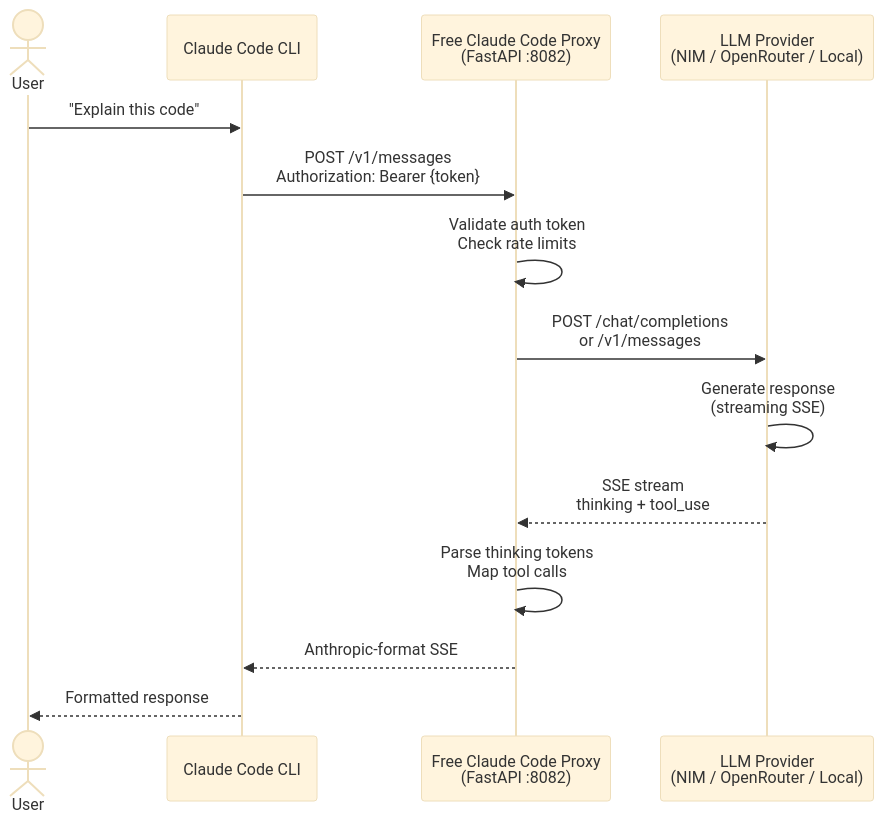
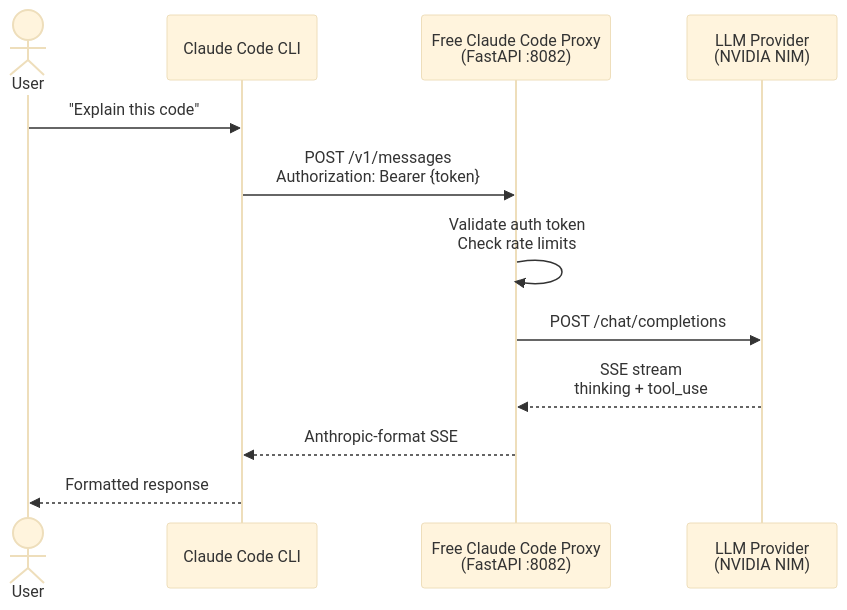
One commit to Echelix/free-claude-code changed the diagram in start/README.md. Above: the diagram before and after it, drawn with Mermaid (base theme). The commit also changed other lines of this file and 16 other files, not shown here.

````diff
--- a/start/README.md
+++ b/start/README.md
@@ -161,17 +104,15 @@
 ```mermaid
 sequenceDiagram
     actor User
     participant Claude as Claude Code CLI
     participant Proxy as Free Claude Code Proxy<br/>(FastAPI :8082)
-    participant Provider as LLM Provider<br/>(NIM / OpenRouter / Local)
-    
+    participant Provider as LLM Provider<br/>(NVIDIA NIM)
+
     User->>Claude: "Explain this code"
     Claude->>Proxy: POST /v1/messages<br/>Authorization: Bearer {token}
     Proxy->>Proxy: Validate auth token<br/>Check rate limits
-    Proxy->>Provider: POST /chat/completions<br/>or /v1/messages
-    Provider->>Provider: Generate response<br/>(streaming SSE)
+    Proxy->>Provider: POST /chat/completions
     Provider-->>Proxy: SSE stream<br/>thinking + tool_use
-    Proxy->>Proxy: Parse thinking tokens<br/>Map tool calls
     Proxy-->>Claude: Anthropic-format SSE
     Claude-->>User: Formatted response
 ```
````
